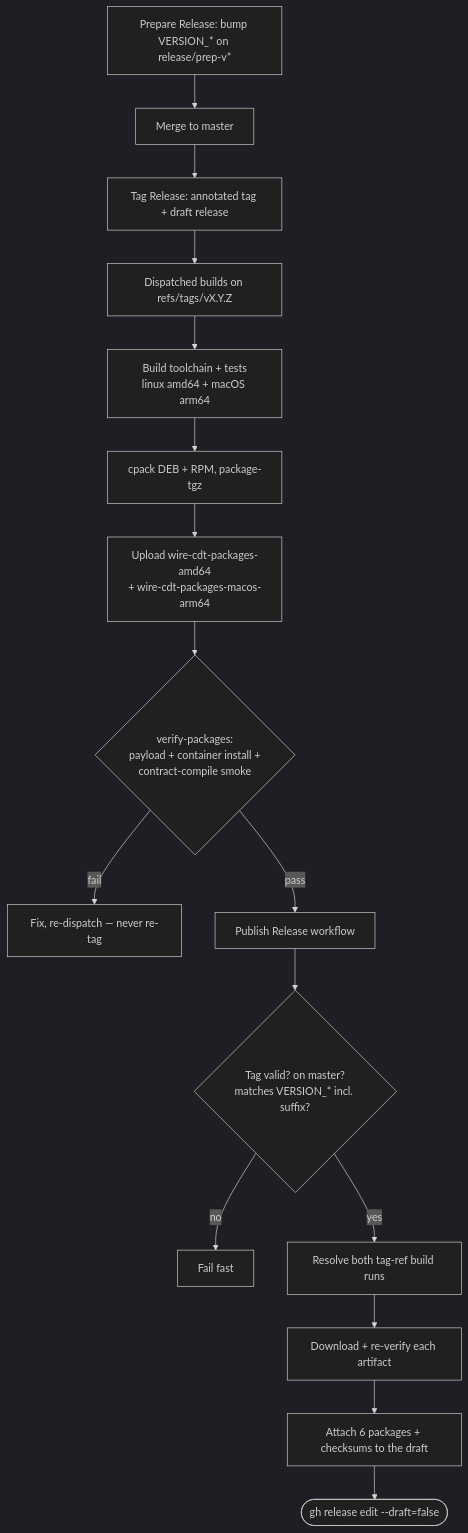
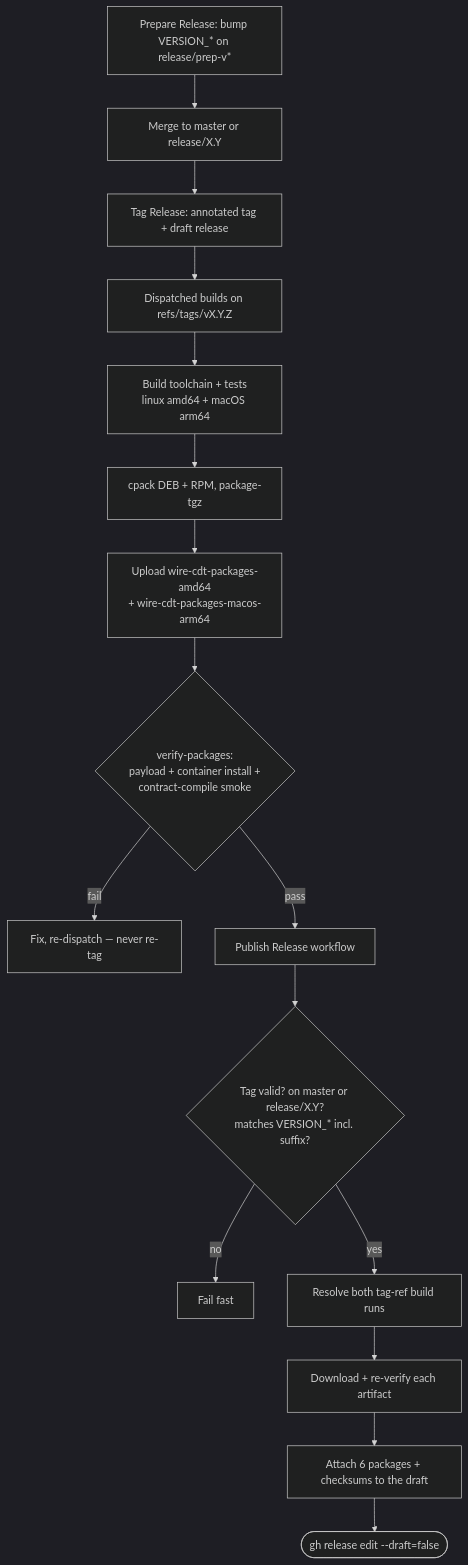
The second of 2 diagrams in docs/release-workflow.md (Wire-Network/wire-cdt), drawn with Mermaid (dark theme) before and after one commit. The commit also changed other lines of this file and 7 other files, not shown here.

First line of the commit message:
ci: prepare, tag and publish releases on release/<major>.<minor> branches

````diff
--- a/docs/release-workflow.md
+++ b/docs/release-workflow.md
@@ -205,18 +244,18 @@
 ```mermaid
 flowchart TD
-    A[Prepare Release: bump VERSION_* on release/prep-v*] --> B[Merge to master]
+    A[Prepare Release: bump VERSION_* on release/prep-v*] --> B[Merge to master or release/X.Y]
     B --> C[Tag Release: annotated tag + draft release]
     C --> D[Dispatched builds on refs/tags/vX.Y.Z]
     D --> D1[Build toolchain + tests<br/>linux amd64 + macOS arm64]
     D1 --> D2[cpack DEB + RPM, package-tgz]
     D2 --> D3[Upload wire-cdt-packages-amd64<br/>+ wire-cdt-packages-macos-arm64]
     D3 --> E{verify-packages:<br/>payload + container install +<br/>contract-compile smoke}
     E -- fail --> X1[Fix, re-dispatch — never re-tag]
     E -- pass --> F[Publish Release workflow]
-    F --> F1{Tag valid? on master?<br/>matches VERSION_* incl. suffix?}
+    F --> F1{Tag valid? on master or release/X.Y?<br/>matches VERSION_* incl. suffix?}
     F1 -- no --> X2[Fail fast]
     F1 -- yes --> G[Resolve both tag-ref build runs]
     G --> H[Download + re-verify each artifact]
     H --> I[Attach 6 packages + checksums to the draft]
     I --> J([gh release edit --draft=false])
 ```
````
